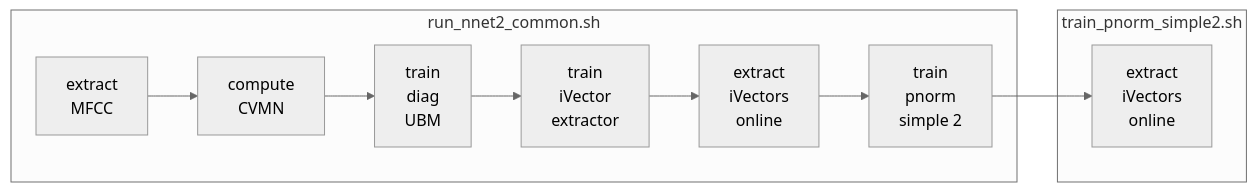
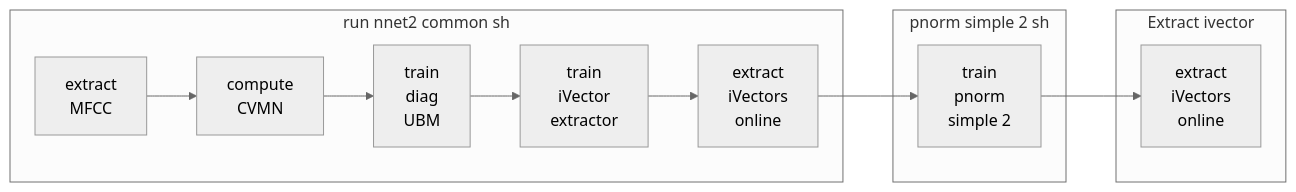
One commit to falabrasil/kaldi-br changed the third of 3 diagrams in README.md. Above: the diagram before and after it, drawn with Mermaid (neutral theme).

Commit message:
Update DNN flowchart

````diff
--- a/README.md
+++ b/README.md
@@ -115,14 +115,16 @@
 ```mermaid
 graph LR;
-    subgraph "run_nnet2_common.sh"
+    subgraph "run nnet2 common sh"
     A[extract<br>MFCC]-->B;
     B[compute<br>CVMN]-->C;
     C[train<br>diag<br>UBM]-->D;
     D[train<br>iVector<br>extractor]-->E;
+    end
+
+    subgraph "pnorm simple 2 sh"
     E[extract<br>iVectors<br>online]-->F;
     end
-
-    subgraph "train_pnorm_simple2.sh"
+    subgraph "Extract ivector"
     F[train<br>pnorm<br>simple 2]-->G[extract<br>iVectors<br>online]
     end
 ```
````
